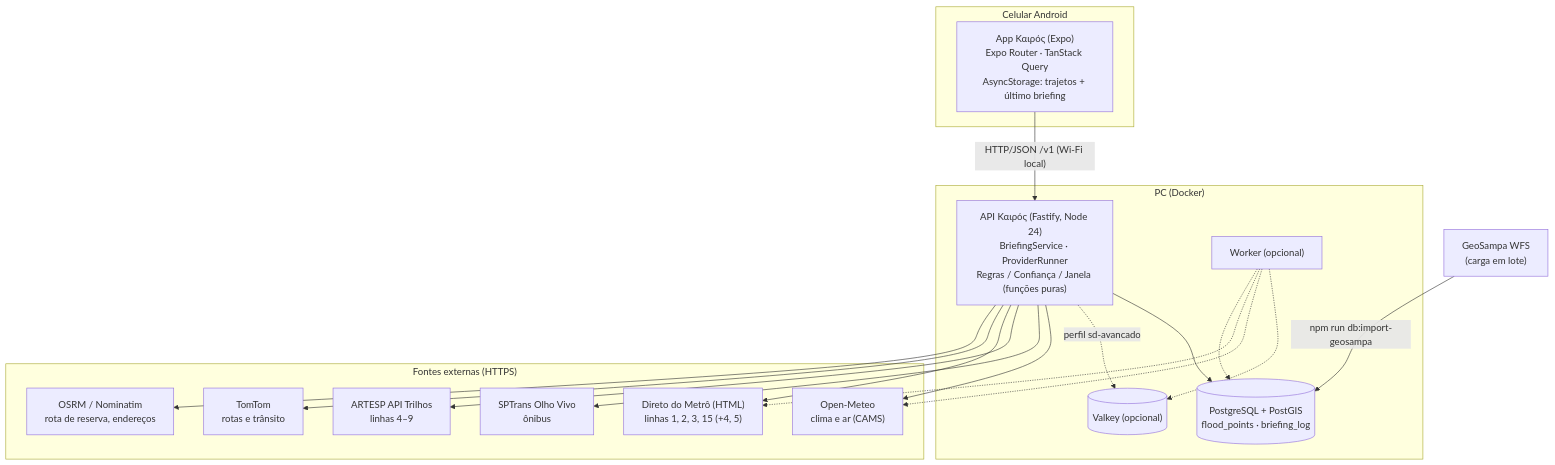
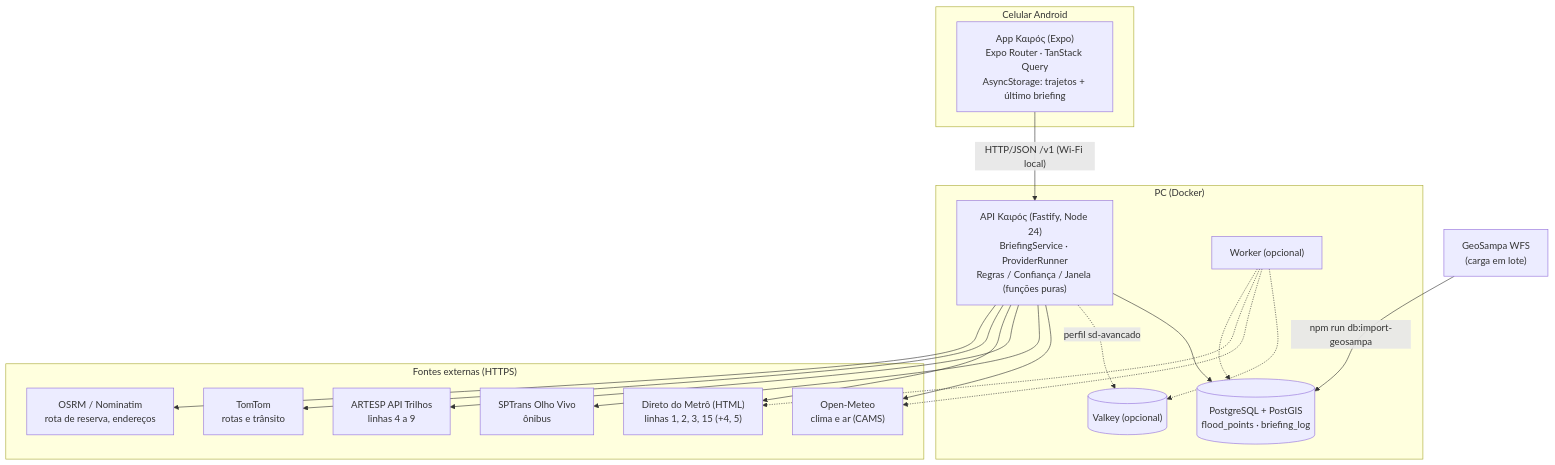
The first of 2 diagrams in README.md (mfr-vic/APS-Kairos), drawn with Mermaid before and after one commit. The commit also changed other lines of this file, not shown here.

````diff
--- a/README.md
+++ b/README.md
@@ -364,28 +292,28 @@
 ```mermaid
 flowchart TB
   subgraph Celular["Celular Android"]
     APP["App Καιρός (Expo)<br/>Expo Router · TanStack Query<br/>AsyncStorage: trajetos + último briefing"]
   end
   subgraph PC["PC (Docker)"]
     API["API Καιρός (Fastify, Node 24)<br/>BriefingService · ProviderRunner<br/>Regras / Confiança / Janela (funções puras)"]
     DB[("PostgreSQL + PostGIS<br/>flood_points · briefing_log")]
     VK[("Valkey (opcional)")]
     WK["Worker (opcional)"]
   end
   subgraph Fontes["Fontes externas (HTTPS)"]
     OM["Open-Meteo<br/>clima e ar (CAMS)"]
     SP["SPTrans Olho Vivo<br/>ônibus"]
-    AR["ARTESP API Trilhos<br/>linhas 4–9"]
+    AR["ARTESP API Trilhos<br/>linhas 4 a 9"]
     MT["Direto do Metrô (HTML)<br/>linhas 1, 2, 3, 15 (+4, 5)"]
     TT["TomTom<br/>rotas e trânsito"]
     OS["OSRM / Nominatim<br/>rota de reserva, endereços"]
   end
   GS["GeoSampa WFS<br/>(carga em lote)"]
   APP -- "HTTP/JSON /v1 (Wi-Fi local)" --> API
   API --> DB
   API -. "perfil sd-avancado" .-> VK
   WK -.-> VK
   WK -.-> OM & MT & DB
   API --> OM & SP & AR & MT & TT & OS
   GS -- "npm run db:import-geosampa" --> DB
 ```
````
